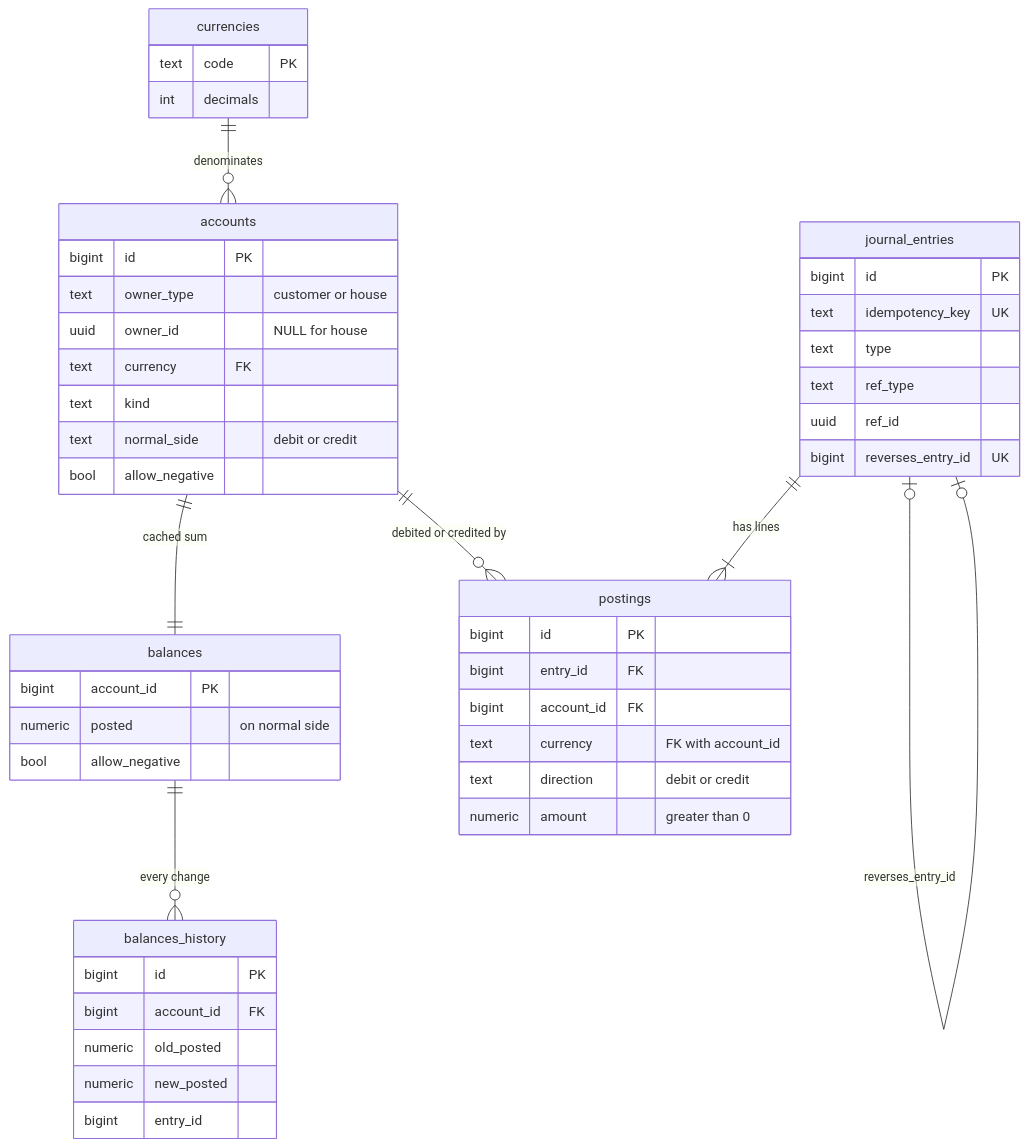
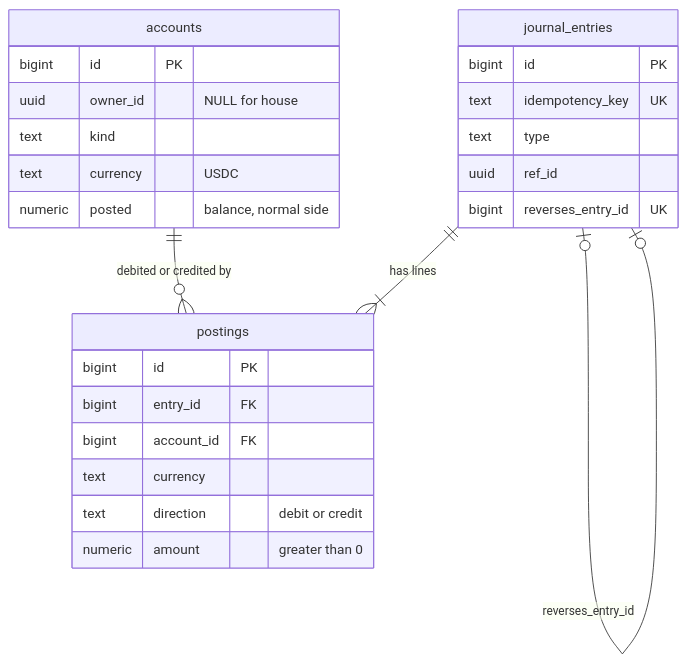
Before and after one commit to darkodi/ferry: the second of 4 diagrams in docs/design.md, drawn with Mermaid. The commit also changed other lines of this file, not shown here.

````diff
--- a/docs/design.md
+++ b/docs/design.md
@@ -68,50 +73,28 @@
 ```mermaid
 erDiagram
-    currencies ||--o{ accounts : "denominates"
-    accounts ||--|| balances : "cached sum"
     accounts ||--o{ postings : "debited or credited by"
     journal_entries ||--|{ postings : "has lines"
     journal_entries |o--o| journal_entries : "reverses_entry_id"
-    balances ||--o{ balances_history : "every change"
-    currencies {
-        text code PK
-        int decimals
-    }
     accounts {
         bigint id PK
-        text owner_type "customer or house"
         uuid owner_id "NULL for house"
-        text currency FK
         text kind
-        text normal_side "debit or credit"
-        bool allow_negative
+        text currency "USDC"
+        numeric posted "balance, normal side"
     }
     journal_entries {
         bigint id PK
         text idempotency_key UK
         text type
-        text ref_type
         uuid ref_id
         bigint reverses_entry_id UK
     }
     postings {
         bigint id PK
         bigint entry_id FK
         bigint account_id FK
-        text currency "FK with account_id"
+        text currency
         text direction "debit or credit"
         numeric amount "greater than 0"
     }
-    balances {
-        bigint account_id PK
-        numeric posted "on normal side"
-        bool allow_negative
-    }
-    balances_history {
-        bigint id PK
-        bigint account_id FK
-        numeric old_posted
-        numeric new_posted
-        bigint entry_id
-    }
 ```
````
